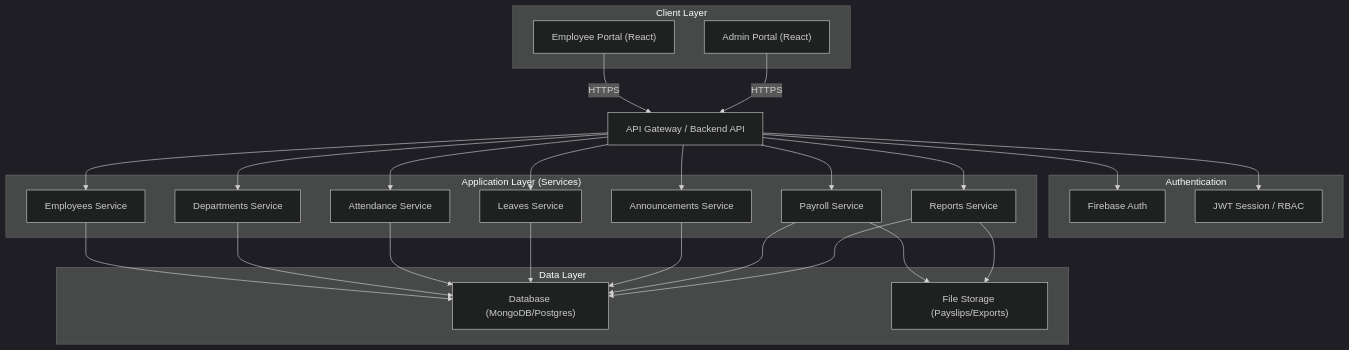
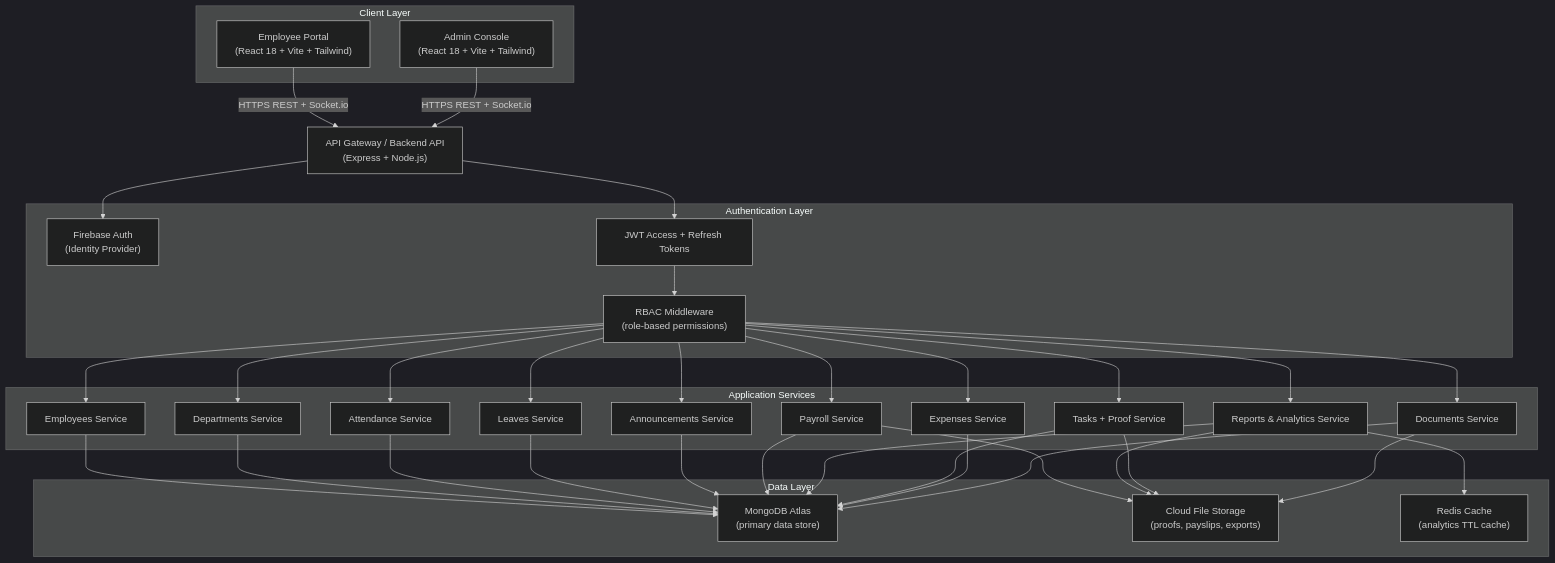
One commit to MRINALPRAKASHFSD/MINI_PROJECT_PARADIGM_SHIFT changed the first of 5 diagrams in README.md. Above: the diagram before and after it, drawn with Mermaid (dark theme). The commit also changed other lines of this file, not shown here.

````diff
--- a/README.md
+++ b/README.md
@@ -151,51 +352,45 @@
 ```mermaid
 flowchart TB
   subgraph Client["Client Layer"]
-    A1["Employee Portal (React)"]
-    A2["Admin Portal (React)"]
+    A1["Employee Portal\n(React 18 + Vite + Tailwind)"]
+    A2["Admin Console\n(React 18 + Vite + Tailwind)"]
   end
 
-  A1 -->|HTTPS| G["API Gateway / Backend API"]
-  A2 -->|HTTPS| G
+  A1 -->|HTTPS REST + Socket.io| G["API Gateway / Backend API\n(Express + Node.js)"]
+  A2 -->|HTTPS REST + Socket.io| G
 
-  subgraph Auth["Authentication"]
-    F["Firebase Auth"]
-    J["JWT Session / RBAC"]
+  subgraph Auth["Authentication Layer"]
+    F["Firebase Auth\n(Identity Provider)"]
+    J["JWT Access + Refresh Tokens"]
+    RBAC["RBAC Middleware\n(role-based permissions)"]
   end
 
   G --> F
   G --> J
+  J --> RBAC
 
-  subgraph App["Application Layer (Services)"]
+  subgraph App["Application Services"]
     S1["Employees Service"]
     S2["Departments Service"]
     S3["Attendance Service"]
     S4["Leaves Service"]
     S5["Announcements Service"]
     S6["Payroll Service"]
-    S7["Reports Service"]
+    S7["Reports & Analytics Service"]
+    S8["Tasks + Proof Service"]
+    S9["Expenses Service"]
+    S10["Documents Service"]
   end
 
-  G --> S1
-  G --> S2
-  G --> S3
-  G --> S4
-  G --> S5
-  G --> S6
-  G --> S7
+  RBAC --> S1 & S2 & S3 & S4 & S5 & S6 & S7 & S8 & S9 & S10
 
   subgraph Data["Data Layer"]
-    DB["Database (MongoDB/Postgres)"]
-    FS["File Storage (Payslips/Exports)"]
+    DB["MongoDB Atlas\n(primary data store)"]
+    FS["Cloud File Storage\n(proofs, payslips, exports)"]
+    CACHE["Redis Cache\n(analytics TTL cache)"]
   end
 
-  S1 --> DB
-  S2 --> DB
-  S3 --> DB
-  S4 --> DB
-  S5 --> DB
-  S6 --> DB
-  S7 --> DB
-  S6 --> FS
-  S7 --> FS
+  S1 & S2 & S3 & S4 & S5 & S6 & S7 & S8 & S9 & S10 --> DB
+  S6 & S7 & S8 & S10 --> FS
+  S7 --> CACHE
 ```
````
